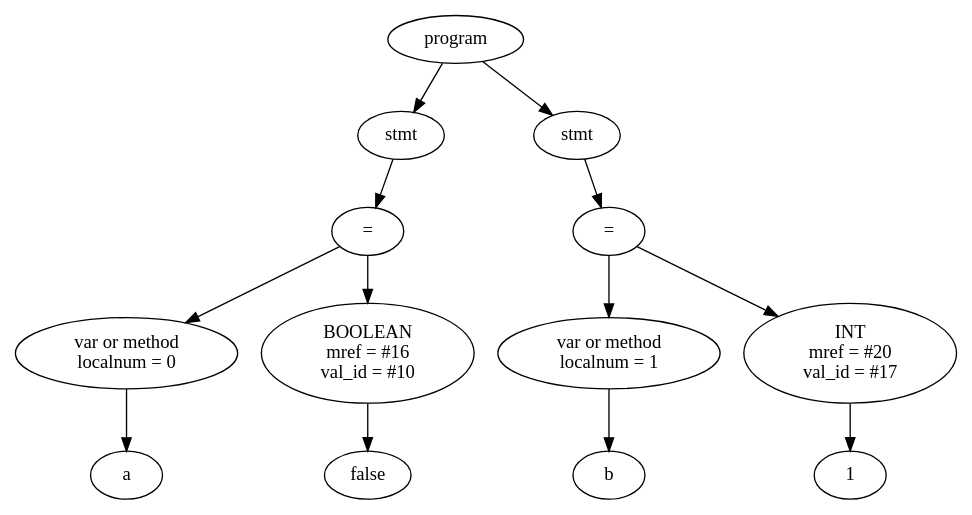
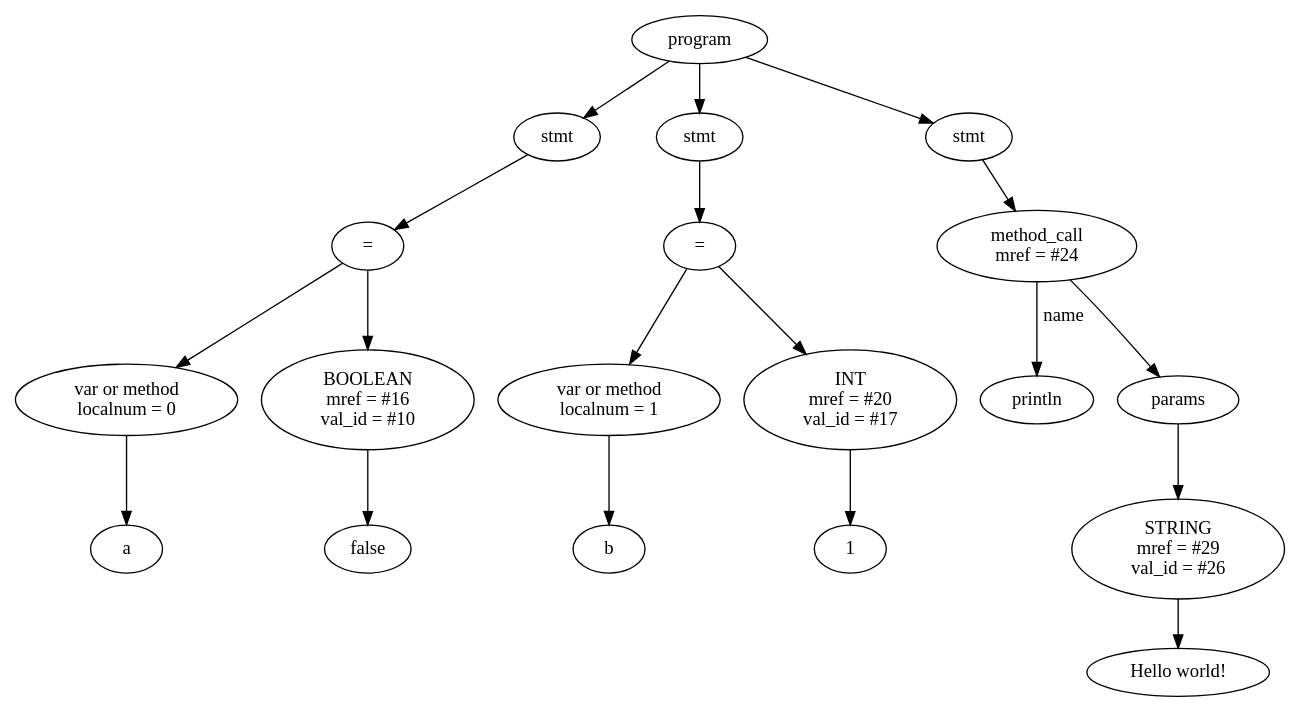
One commit to vitek999/ruby_compiler changed the diagram in RubyCompiler/tree.dot. Above: the diagram before and after it, drawn with Graphviz. The commit also changed 4 other files, not shown here.

```diff
--- a/RubyCompiler/tree.dot
+++ b/RubyCompiler/tree.dot
@@ -1,27 +1,39 @@
 digraph G {
-Id012E4788 [label="program"]
-Id012E3D90 [label="stmt"]
-Id012E3D30 [label="="]
-Id012D51E8 [label="var or method\n localnum = 0"]
-IdVal012D51E8 [label="a"]
-Id012D51E8->IdVal012D51E8
-Id012E3CD0 [label="BOOLEAN\n mref = #16\n val_id = #10"]
-IdVal012E3CD0 [label="false"]
-Id012E3CD0->IdVal012E3CD0
-Id012E3D30->Id012D51E8
-Id012E3D30->Id012E3CD0
-Id012E3D90->Id012E3D30
-Id012E4788->Id012E3D90
-Id012E3FB8 [label="stmt"]
-Id012E3EE0 [label="="]
-Id012E3E20 [label="var or method\n localnum = 1"]
-IdVal012E3E20 [label="b"]
-Id012E3E20->IdVal012E3E20
-Id012E3E80 [label="INT\n mref = #20\n val_id = #17"]
-IdVal012E3E80 [label="1"]
-Id012E3E80->IdVal012E3E80
-Id012E3EE0->Id012E3E20
-Id012E3EE0->Id012E3E80
-Id012E3FB8->Id012E3EE0
-Id012E4788->Id012E3FB8
+Id01104798 [label="program"]
+Id01103CE0 [label="stmt"]
+Id01103C80 [label="="]
+Id01103BC0 [label="var or method\n localnum = 0"]
+IdVal01103BC0 [label="a"]
+Id01103BC0->IdVal01103BC0
+Id01103C20 [label="BOOLEAN\n mref = #16\n val_id = #10"]
+IdVal01103C20 [label="false"]
+Id01103C20->IdVal01103C20
+Id01103C80->Id01103BC0
+Id01103C80->Id01103C20
+Id01103CE0->Id01103C80
+Id01104798->Id01103CE0
+Id011045F8 [label="stmt"]
+Id01103DF0 [label="="]
+Id01103D30 [label="var or method\n localnum = 1"]
+IdVal01103D30 [label="b"]
+Id01103D30->IdVal01103D30
+Id01103D90 [label="INT\n mref = #20\n val_id = #17"]
+IdVal01103D90 [label="1"]
+Id01103D90->IdVal01103D90
+Id01103DF0->Id01103D30
+Id01103DF0->Id01103D90
+Id011045F8->Id01103DF0
+Id01104798->Id011045F8
+Id011040F8 [label="stmt"]
+Id011046F8 [label="method_call\n mref = #24"]
+IdMethodNameVal011046F8 [label="println"]
+Id011046F8->IdMethodNameVal011046F8 [label="name"]
+Id010FE250 [label="params"]
+Id011046F8->Id010FE250
+Id01104698 [label="STRING\n mref = #29\n val_id = #26"]
+IdVal01104698 [label="Hello world!"]
+Id01104698->IdVal01104698
+Id010FE250->Id01104698
+Id011040F8->Id011046F8
+Id01104798->Id011040F8
 }
```
